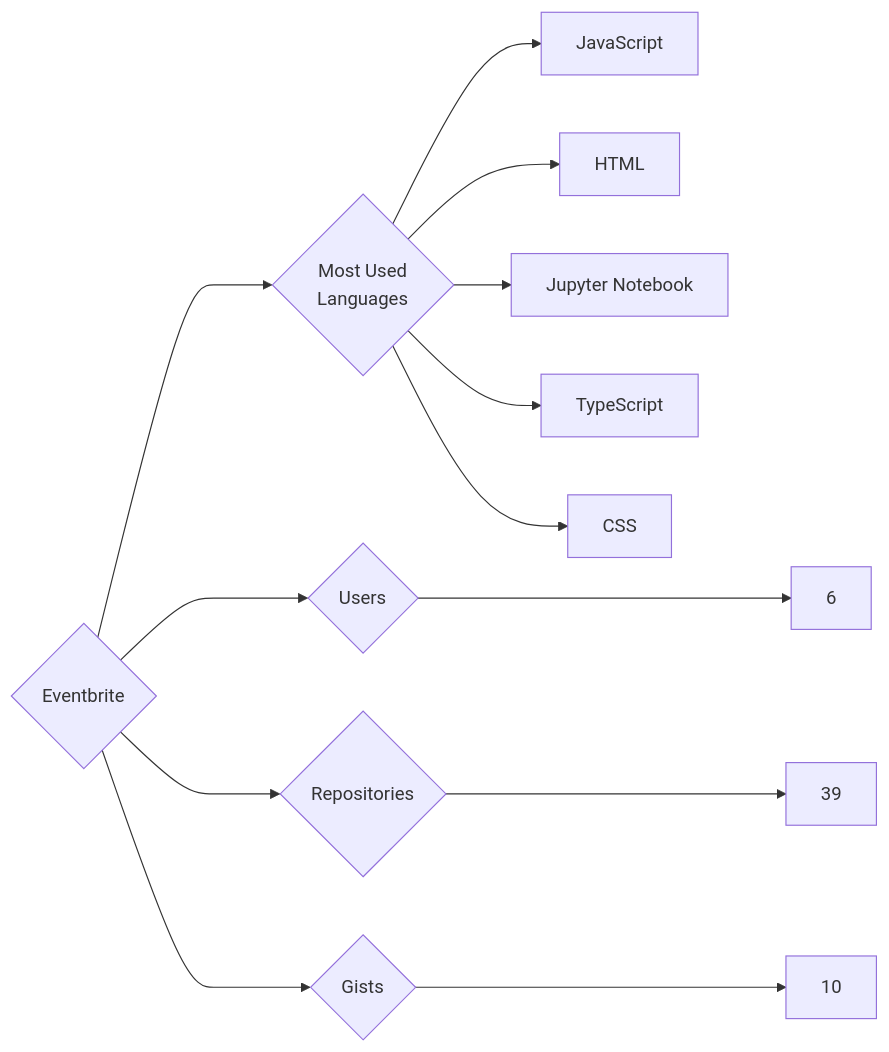
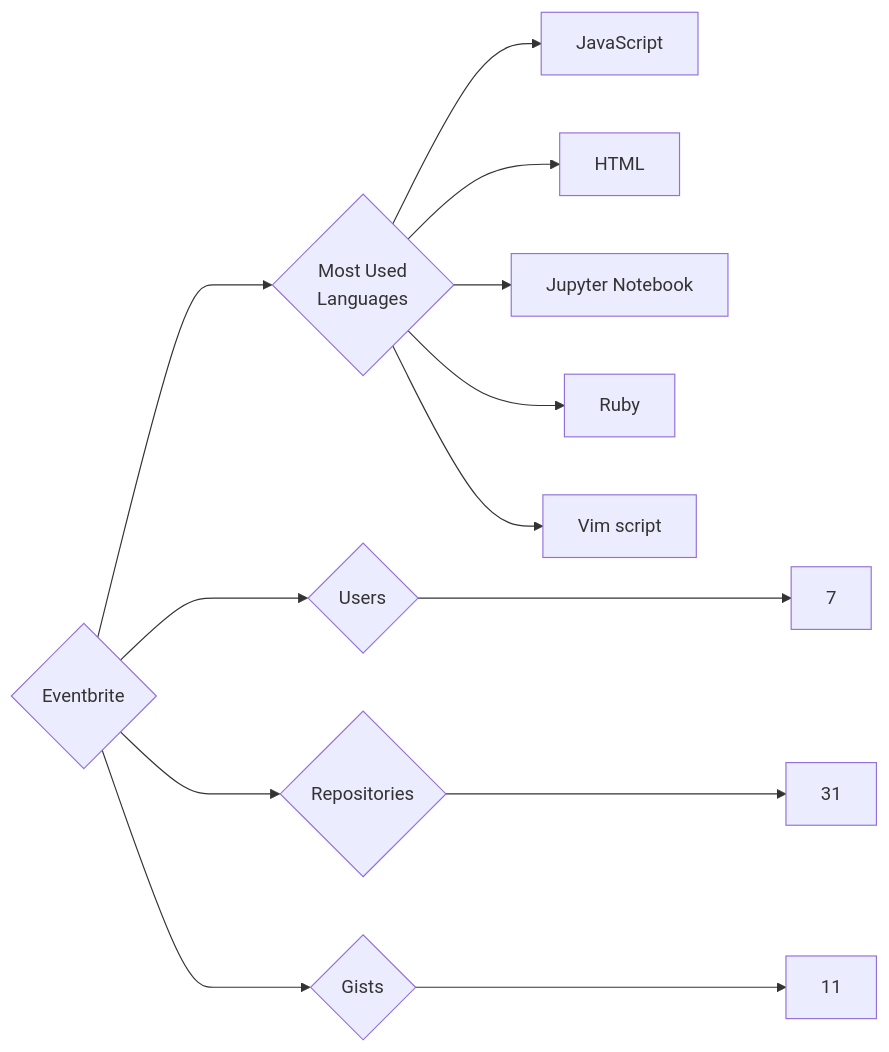
Before and after one commit to trickest/insiders: the diagram in targets/Eventbrite/README.md, drawn with Mermaid. The commit also changed 888 other files, not shown here.

````diff
--- a/targets/Eventbrite/README.md
+++ b/targets/Eventbrite/README.md
@@ -3,13 +3,13 @@
 ```mermaid
 graph LR
 COMPANY_NAME{Eventbrite}
-COMPANY_NAME ---> U{Users} ---> UN[6]
-COMPANY_NAME ---> R{Repositories} ---> RN[39]
-COMPANY_NAME ---> G{Gists} ---> GN[10]
+COMPANY_NAME ---> U{Users} ---> UN[7]
+COMPANY_NAME ---> R{Repositories} ---> RN[31]
+COMPANY_NAME ---> G{Gists} ---> GN[11]
 COMPANY_NAME ---> ML{Most Used<br>Languages}
 ML --> JavaScript[JavaScript]
 ML --> HTML[HTML]
 ML --> Jupyter_Notebook[Jupyter Notebook]
-ML --> TypeScript[TypeScript]
-ML --> CSS[CSS]
+ML --> Ruby[Ruby]
+ML --> Vim_script[Vim script]
 ```
````
